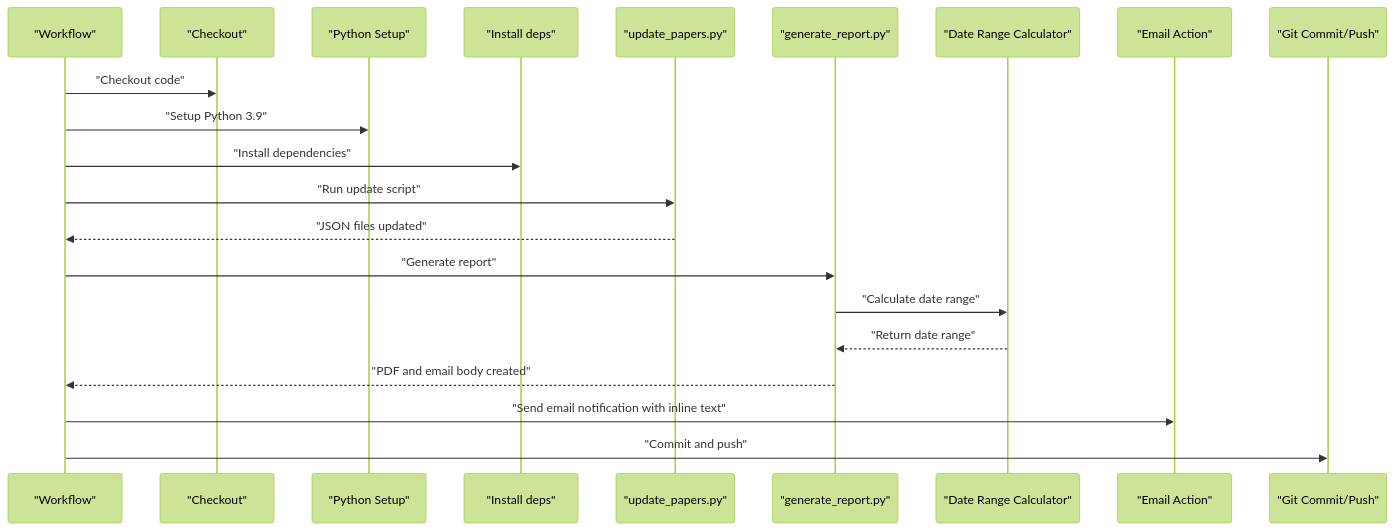
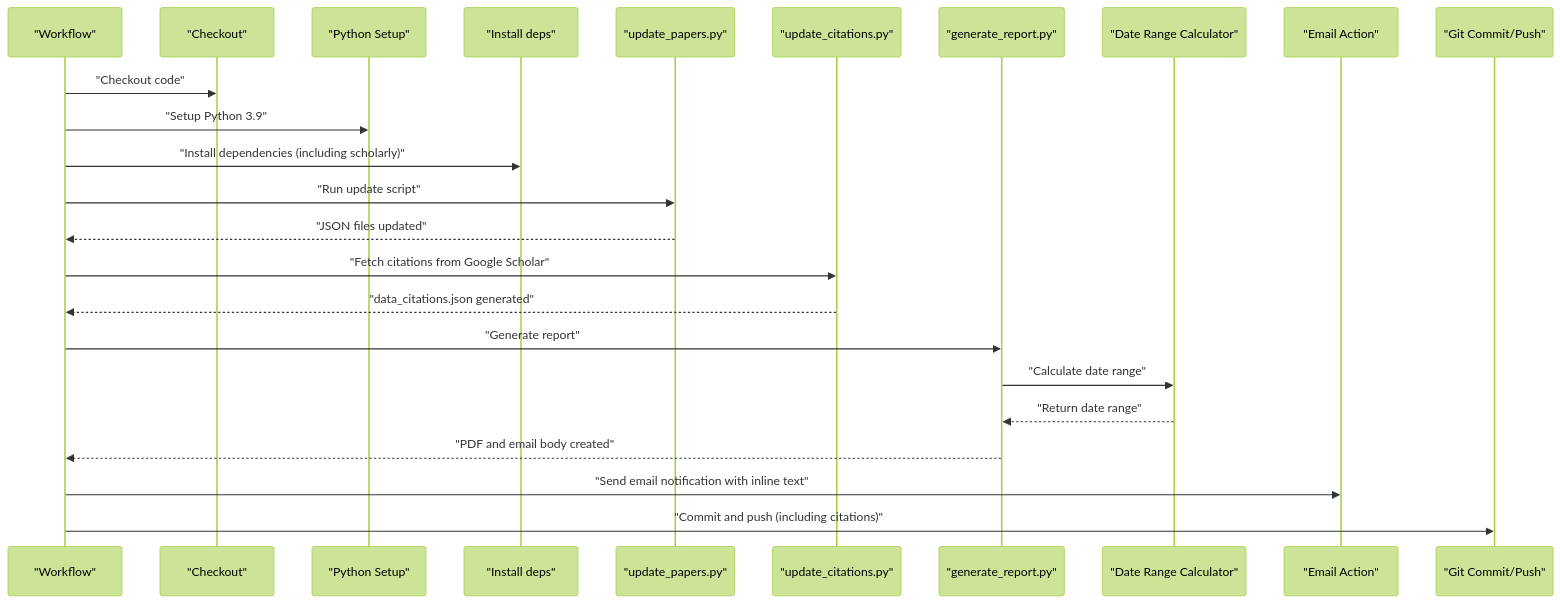
One commit to junxie01/paper_weekly changed the sixth of 11 diagrams in .qoder/repowiki/en/content/Configuration Guide/GitHub Actions Workflow.md. Above: the diagram before and after it, drawn with Mermaid (forest theme). The commit also changed other lines of this file and 5 other files, not shown here.

````diff
--- a/.qoder/repowiki/en/content/Configuration Guide/GitHub Actions Workflow.md
+++ b/.qoder/repowiki/en/content/Configuration Guide/GitHub Actions Workflow.md
@@ -188,23 +201,26 @@
 ```mermaid
 sequenceDiagram
 participant W as "Workflow"
 participant C as "Checkout"
 participant P as "Python Setup"
 participant I as "Install deps"
 participant U as "update_papers.py"
+participant CF as "update_citations.py"
 participant R as "generate_report.py"
 participant DR as "Date Range Calculator"
 participant E as "Email Action"
 participant G as "Git Commit/Push"
 W->>C : "Checkout code"
 W->>P : "Setup Python 3.9"
-W->>I : "Install dependencies"
+W->>I : "Install dependencies (including scholarly)"
 W->>U : "Run update script"
 U-->>W : "JSON files updated"
+W->>CF : "Fetch citations from Google Scholar"
+CF-->>W : "data_citations.json generated"
 W->>R : "Generate report"
 R->>DR : "Calculate date range"
 DR-->>R : "Return date range"
 R-->>W : "PDF and email body created"
 W->>E : "Send email notification with inline text"
-W->>G : "Commit and push"
+W->>G : "Commit and push (including citations)"
 ```
````
